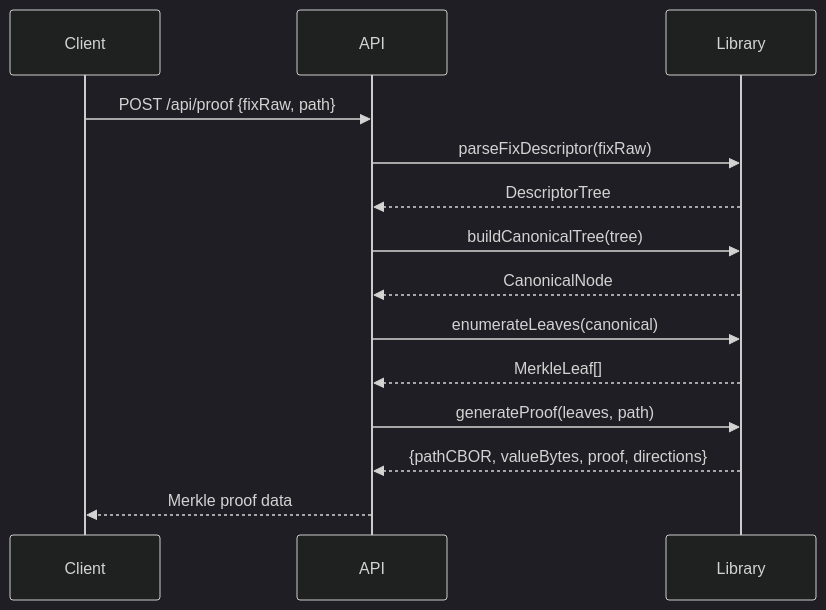
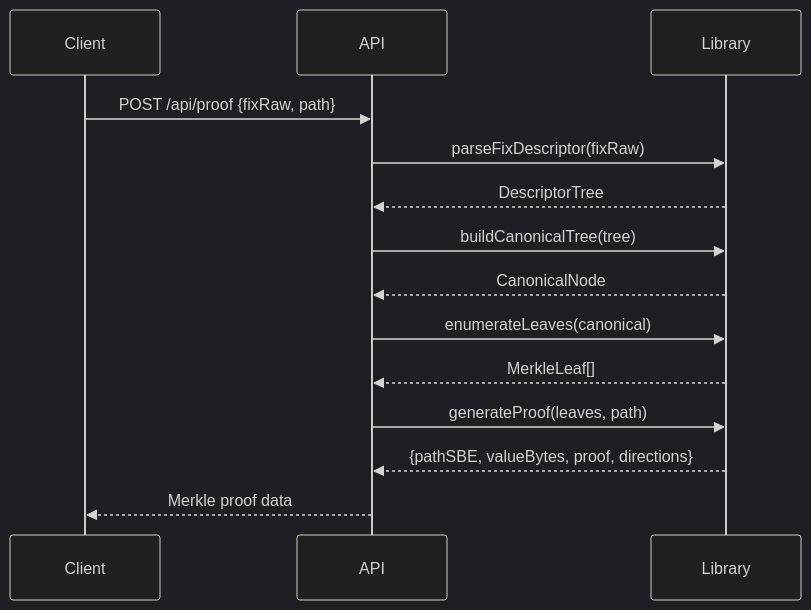
The third of 7 diagrams in docs/architecture.md (swapnilraj/fix-descriptor), drawn with Mermaid (dark theme) before and after one commit. The commit also changed other lines of this file and 13 other files, not shown here.

````diff
--- a/docs/architecture.md
+++ b/docs/architecture.md
@@ -187,17 +188,17 @@
 ```mermaid
 sequenceDiagram
     participant Client
     participant API
     participant Library
     
     Client->>API: POST /api/proof {fixRaw, path}
     API->>Library: parseFixDescriptor(fixRaw)
     Library-->>API: DescriptorTree
     API->>Library: buildCanonicalTree(tree)
     Library-->>API: CanonicalNode
     API->>Library: enumerateLeaves(canonical)
     Library-->>API: MerkleLeaf[]
     API->>Library: generateProof(leaves, path)
-    Library-->>API: {pathCBOR, valueBytes, proof, directions}
+    Library-->>API: {pathSBE, valueBytes, proof, directions}
     API-->>Client: Merkle proof data
 ```
````
